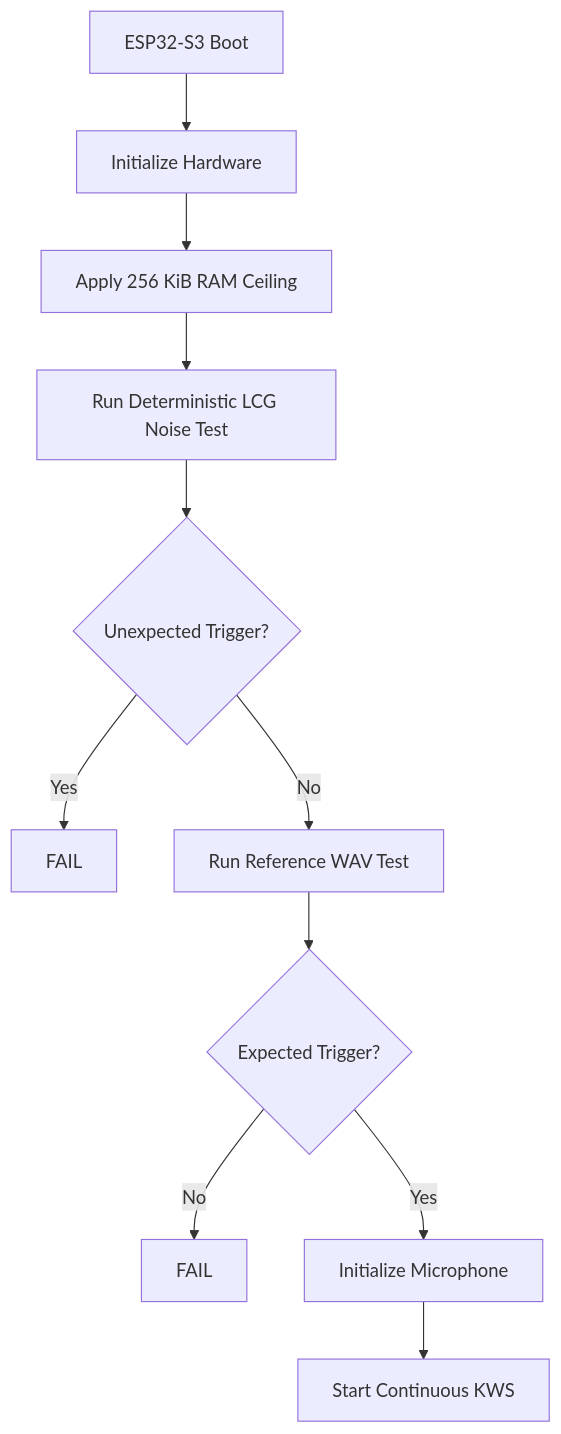
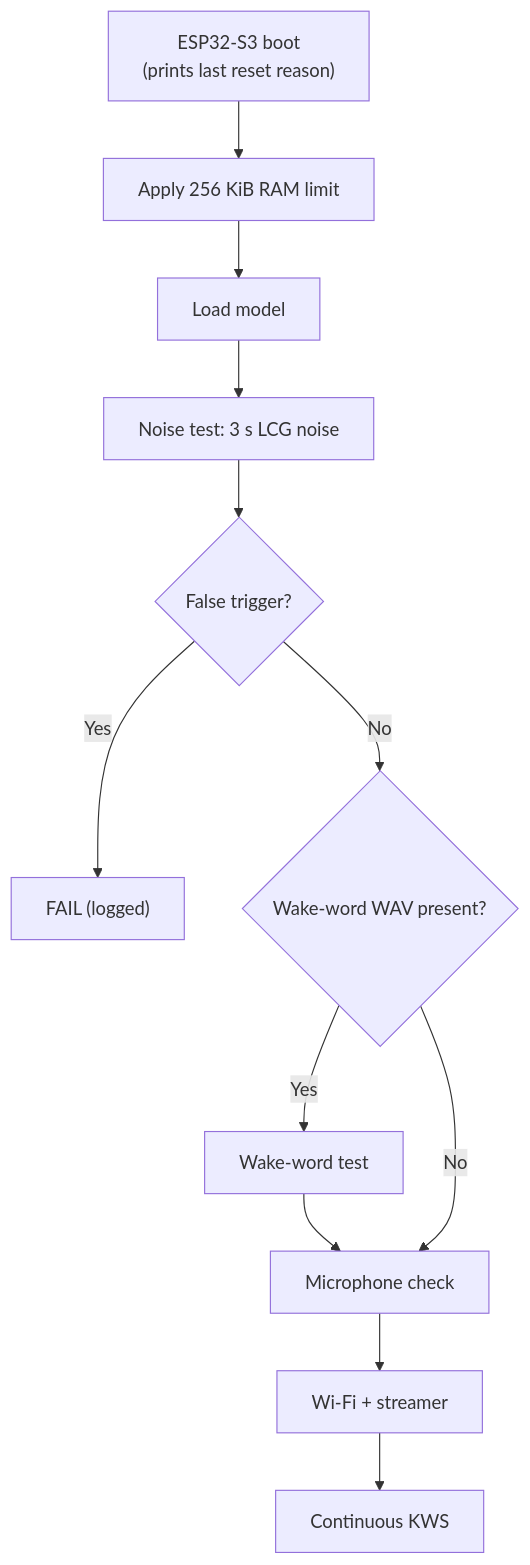
One commit to Raj24-dev/Kws changed the tenth of 12 diagrams in README.md. Above: the diagram before and after it, drawn with Mermaid. The commit also changed other lines of this file and 211 other files, not shown here.

````diff
--- a/README.md
+++ b/README.md
@@ -1135,28 +777,22 @@
 ```mermaid
 flowchart TD
 
-    A["ESP32-S3 Boot"]
-    B["Initialize Hardware"]
-    C["Apply 256 KiB RAM Ceiling"]
-    D["Run Deterministic LCG Noise Test"]
-    E{"Unexpected Trigger?"}
-    F["FAIL"]
-    G["Run Reference WAV Test"]
-    H{"Expected Trigger?"}
-    I["FAIL"]
-    J["Initialize Microphone"]
-    K["Start Continuous KWS"]
+    A["ESP32-S3 boot<br/>(prints last reset reason)"]
+    B["Apply 256 KiB RAM limit"]
+    C["Load model"]
+    D["Noise test: 3 s LCG noise"]
+    E{"False trigger?"}
+    F["FAIL (logged)"]
+    G{"Wake-word WAV present?"}
+    H["Wake-word test"]
+    I["Microphone check"]
+    J["Wi-Fi + streamer"]
+    K["Continuous KWS"]
 
-    A --> B
-    B --> C
-    C --> D
-    D --> E
-
+    A --> B --> C --> D --> E
     E -->|Yes| F
     E -->|No| G
-
-    G --> H
-    H -->|No| I
-    H -->|Yes| J
-    J --> K
+    G -->|Yes| H --> I
+    G -->|No| I
+    I --> J --> K
 ```
````
